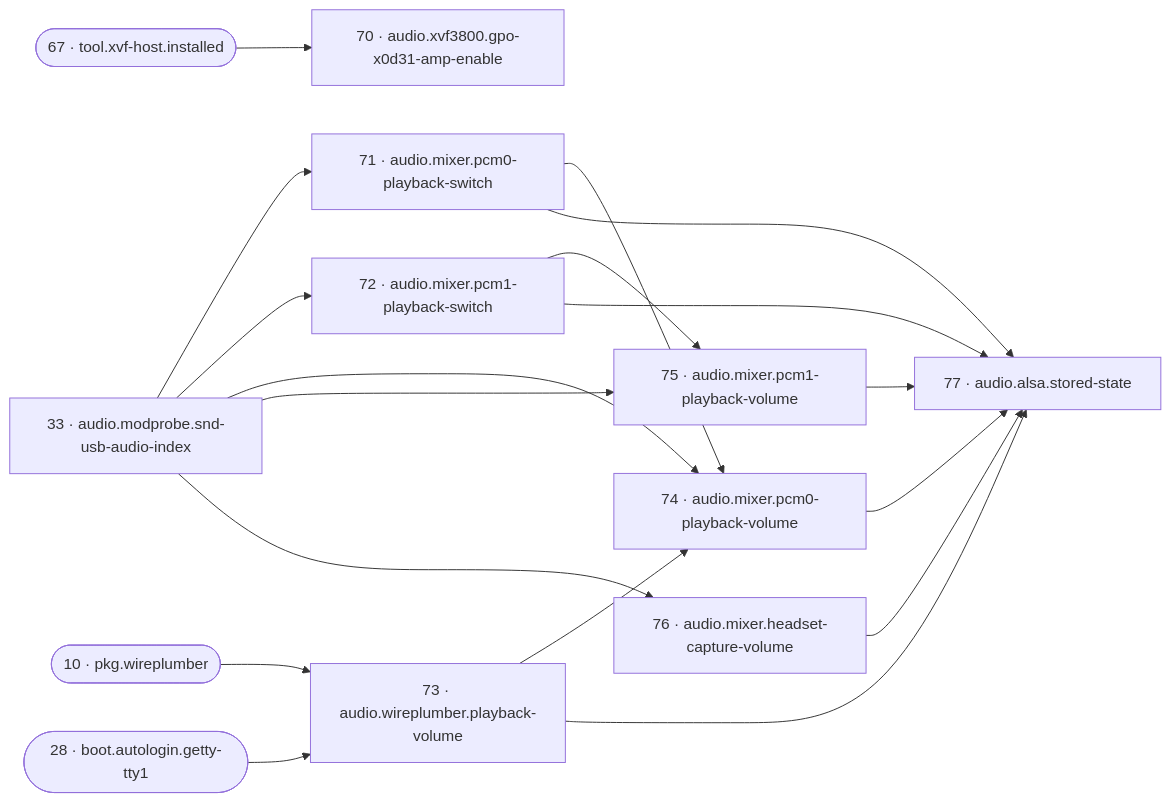
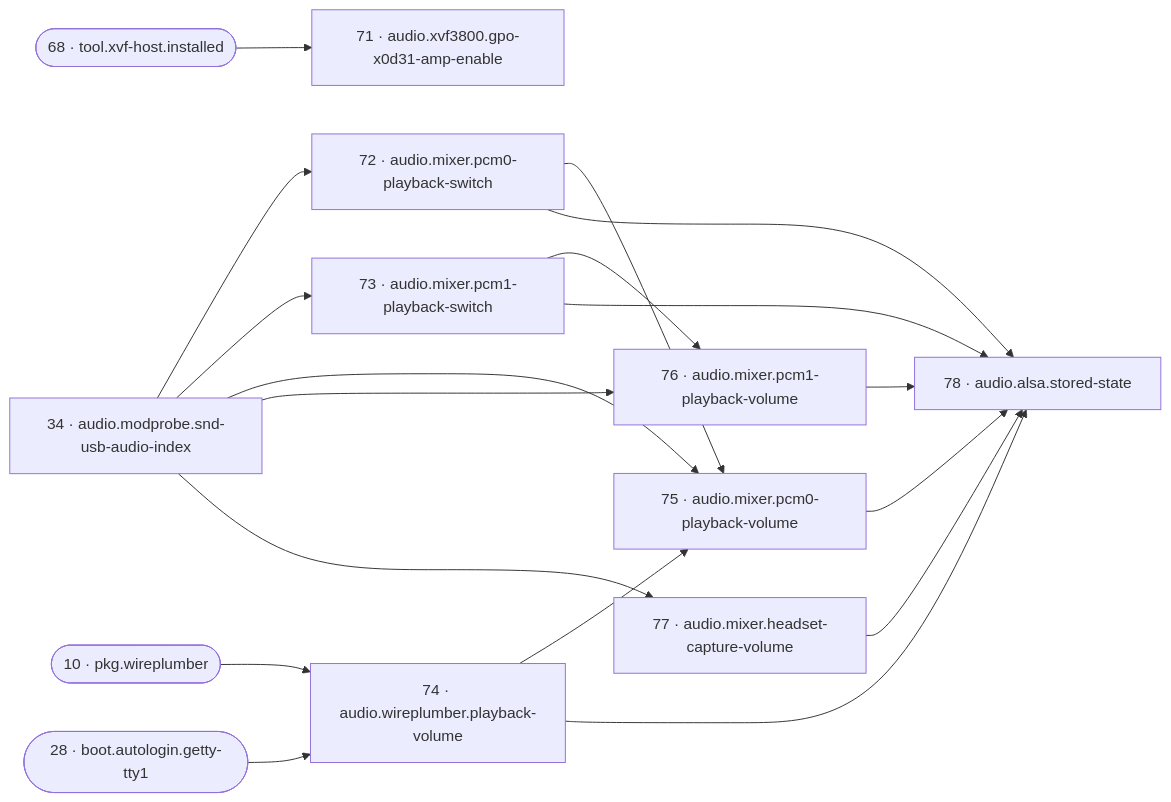
Before and after one commit to SixFive7/FrameLink: the eighth of 21 diagrams in reference/reconcile-dag.md, drawn with Mermaid. The commit also changed other lines of this file and 5 other files, not shown here.

````diff
--- a/reference/reconcile-dag.md
+++ b/reference/reconcile-dag.md
@@ -293,32 +295,32 @@
 ```mermaid
 flowchart LR
-  r33["33 · audio.modprobe.snd-usb-audio-index"]
-  r70["70 · audio.xvf3800.gpo-x0d31-amp-enable"]
-  r71["71 · audio.mixer.pcm0-playback-switch"]
-  r72["72 · audio.mixer.pcm1-playback-switch"]
-  r73["73 · audio.wireplumber.playback-volume"]
-  r74["74 · audio.mixer.pcm0-playback-volume"]
-  r75["75 · audio.mixer.pcm1-playback-volume"]
-  r76["76 · audio.mixer.headset-capture-volume"]
-  r77["77 · audio.alsa.stored-state"]
+  r34["34 · audio.modprobe.snd-usb-audio-index"]
+  r71["71 · audio.xvf3800.gpo-x0d31-amp-enable"]
+  r72["72 · audio.mixer.pcm0-playback-switch"]
+  r73["73 · audio.mixer.pcm1-playback-switch"]
+  r74["74 · audio.wireplumber.playback-volume"]
+  r75["75 · audio.mixer.pcm0-playback-volume"]
+  r76["76 · audio.mixer.pcm1-playback-volume"]
+  r77["77 · audio.mixer.headset-capture-volume"]
+  r78["78 · audio.alsa.stored-state"]
   r10(["10 · pkg.wireplumber"])
   r28(["28 · boot.autologin.getty-tty1"])
-  r67(["67 · tool.xvf-host.installed"])
-  r67 --> r70
-  r33 --> r71
-  r33 --> r72
-  r10 --> r73
-  r28 --> r73
-  r33 --> r74
-  r71 --> r74
-  r73 --> r74
-  r33 --> r75
+  r68(["68 · tool.xvf-host.installed"])
+  r68 --> r71
+  r34 --> r72
+  r34 --> r73
+  r10 --> r74
+  r28 --> r74
+  r34 --> r75
   r72 --> r75
-  r33 --> r76
-  r74 --> r77
-  r75 --> r77
-  r76 --> r77
-  r71 --> r77
-  r72 --> r77
-  r73 --> r77
+  r74 --> r75
+  r34 --> r76
+  r73 --> r76
+  r34 --> r77
+  r75 --> r78
+  r76 --> r78
+  r77 --> r78
+  r72 --> r78
+  r73 --> r78
+  r74 --> r78
 ```
````
